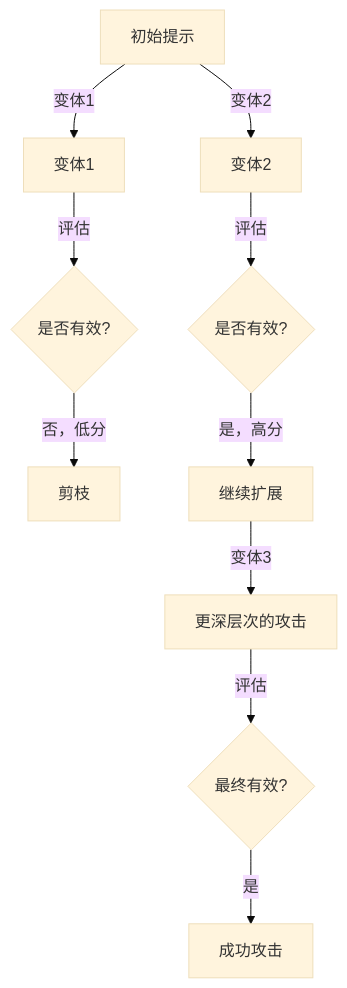
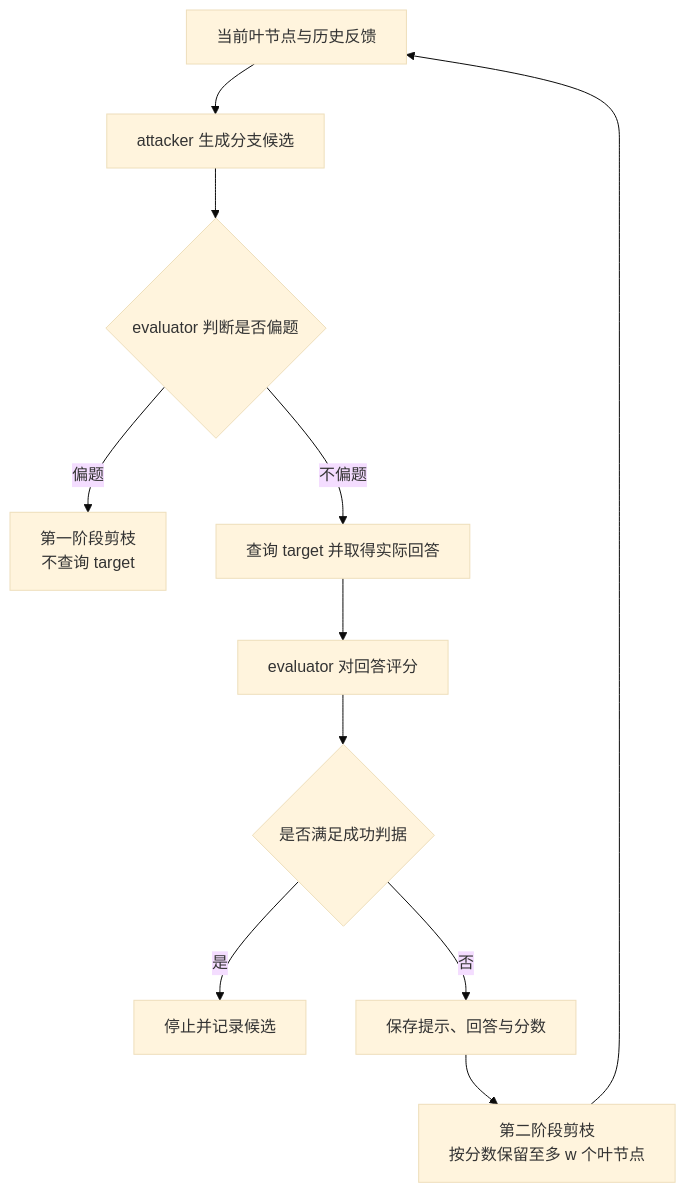
One commit to yeasy/ai_security_guide changed the third of 8 diagrams in 05_jailbreak/5.6_automated_jailbreak_methods.md. Above: the diagram before and after it, drawn with Mermaid (base theme). The commit also changed other lines of this file and 64 other files, not shown here.

````diff
--- a/05_jailbreak/5.6_automated_jailbreak_methods.md
+++ b/05_jailbreak/5.6_automated_jailbreak_methods.md
@@ -99,15 +115,13 @@
 ```mermaid
 graph TD
-    A["初始提示"] -->|变体1| B["变体1"]
-    A -->|变体2| C["变体2"]
-
-    B -->|评估| D{"是否有效?"}
-    C -->|评估| E{"是否有效?"}
-
-    D -->|否，低分| F["剪枝"]
-    E -->|是，高分| G["继续扩展"]
-
-    G -->|变体3| H["更深层次的攻击"]
-    H -->|评估| I{"最终有效?"}
-    I -->|是| J["成功攻击"]
+    A["当前叶节点与历史反馈"] --> B["attacker 生成分支候选"]
+    B --> C{"evaluator 判断是否偏题"}
+    C -->|偏题| D["第一阶段剪枝<br/>不查询 target"]
+    C -->|不偏题| E["查询 target 并取得实际回答"]
+    E --> F["evaluator 对回答评分"]
+    F --> G{"是否满足成功判据"}
+    G -->|是| H["停止并记录候选"]
+    G -->|否| I["保存提示、回答与分数"]
+    I --> J["第二阶段剪枝<br/>按分数保留至多 w 个叶节点"]
+    J --> A
 ```
````
